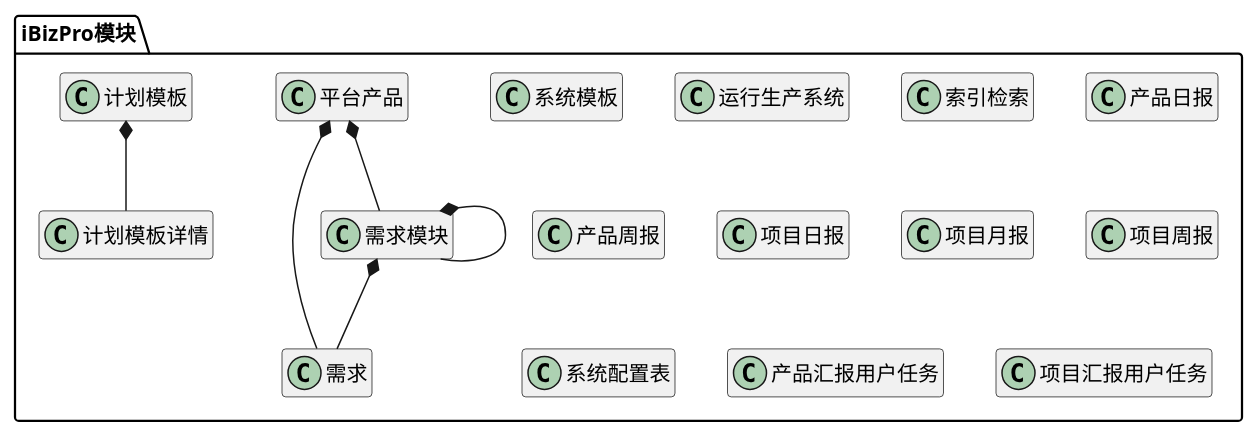
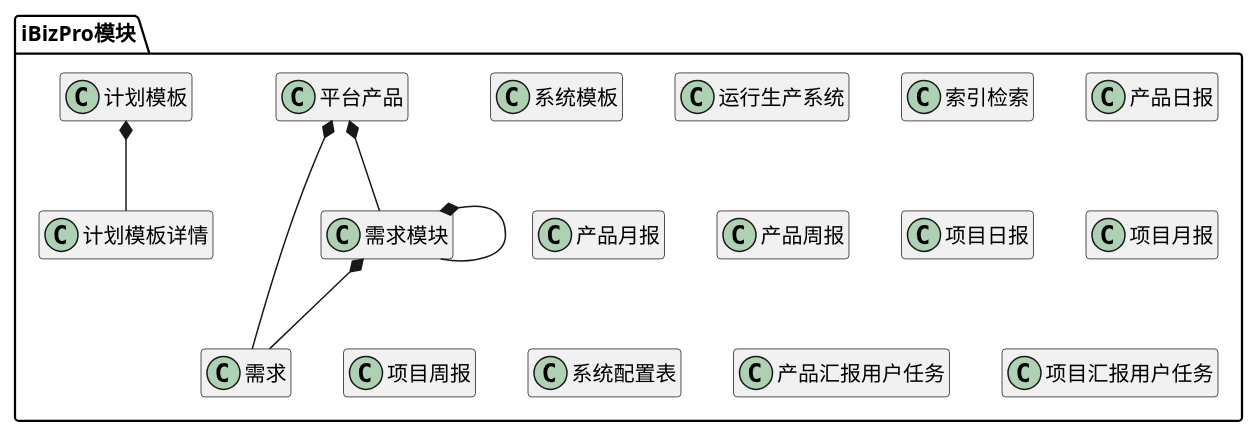
Before and after one commit to zj335841911/nt_chandao: the diagram in ibizpms-docs/src/main/doc/v1/module/ibizpro.md, drawn with PlantUML. The commit also changed other lines of this file and 22 other files, not shown here.

```diff
--- a/ibizpms-docs/src/main/doc/v1/module/ibizpro.md
+++ b/ibizpms-docs/src/main/doc/v1/module/ibizpro.md
@@ -6,74 +6,77 @@
 {% plantuml %}
 
 package iBizPro模块 {
 
 class 平台产品 {
 }
 
 class 需求 {
 }
 
 class 需求模块 {
 }
 
 class 系统模板 {
 }
 
 class 运行生产系统 {
 }
 
 class 索引检索 {
 }
 
 class 产品日报 {
+}
+
+class 产品月报 {
 }
 
 class 产品周报 {
 }
 
 class 项目日报 {
 }
 
 class 项目月报 {
 }
 
 class 项目周报 {
 }
 
 class 计划模板 {
 }
 
 class 计划模板详情 {
 }
 
 class 系统配置表 {
 }
 
 class 产品汇报用户任务 {
 }
 
 class 项目汇报用户任务 {
 }
 
 
 平台产品 *-- 需求模块 
 
 
 需求模块 *-- 需求模块 
 
 
 平台产品 *-- 需求 
 
 
 需求模块 *-- 需求 
 
 
 计划模板 *-- 计划模板详情 
 
 
 
 }
 
 hide members
 
 {% endplantuml %}
```
